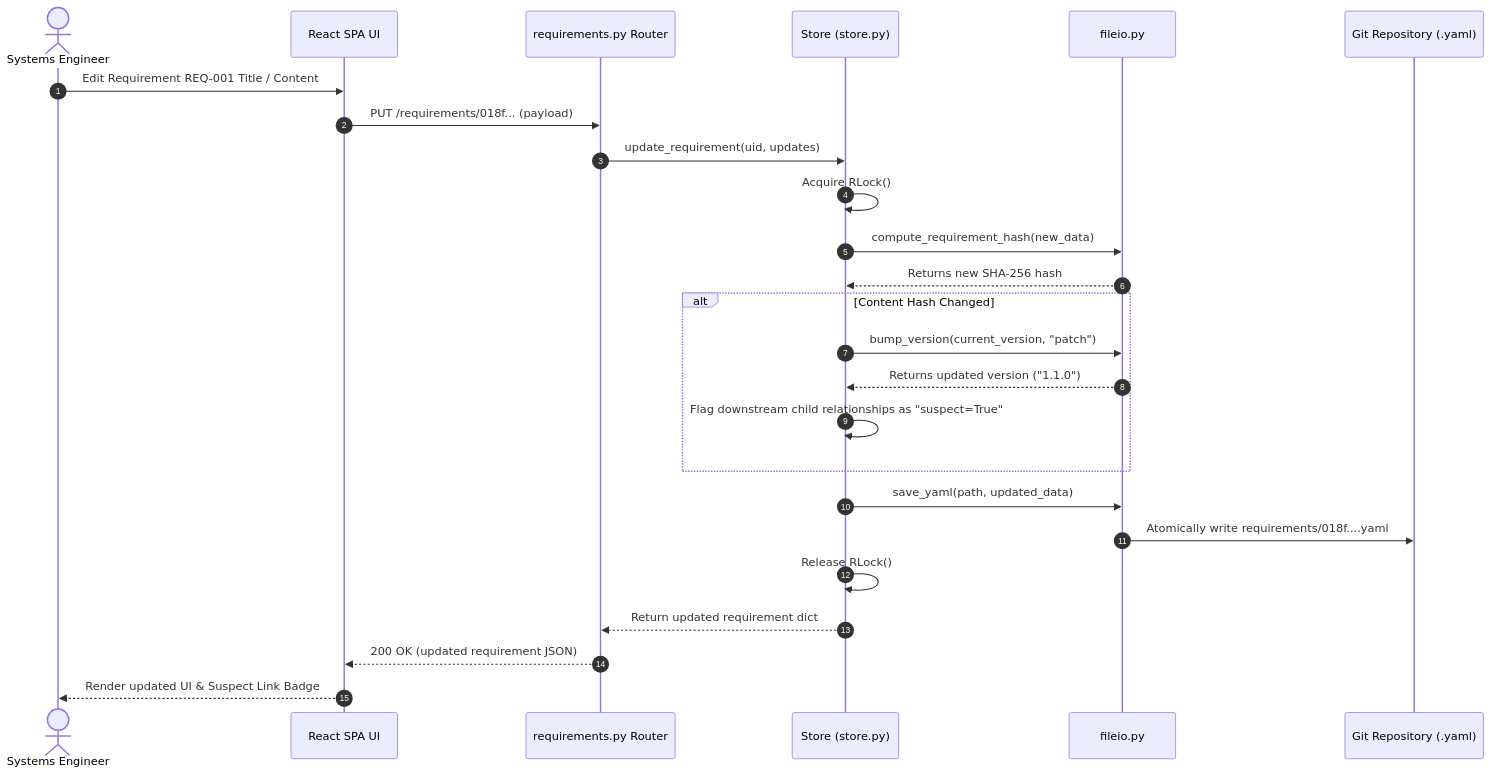
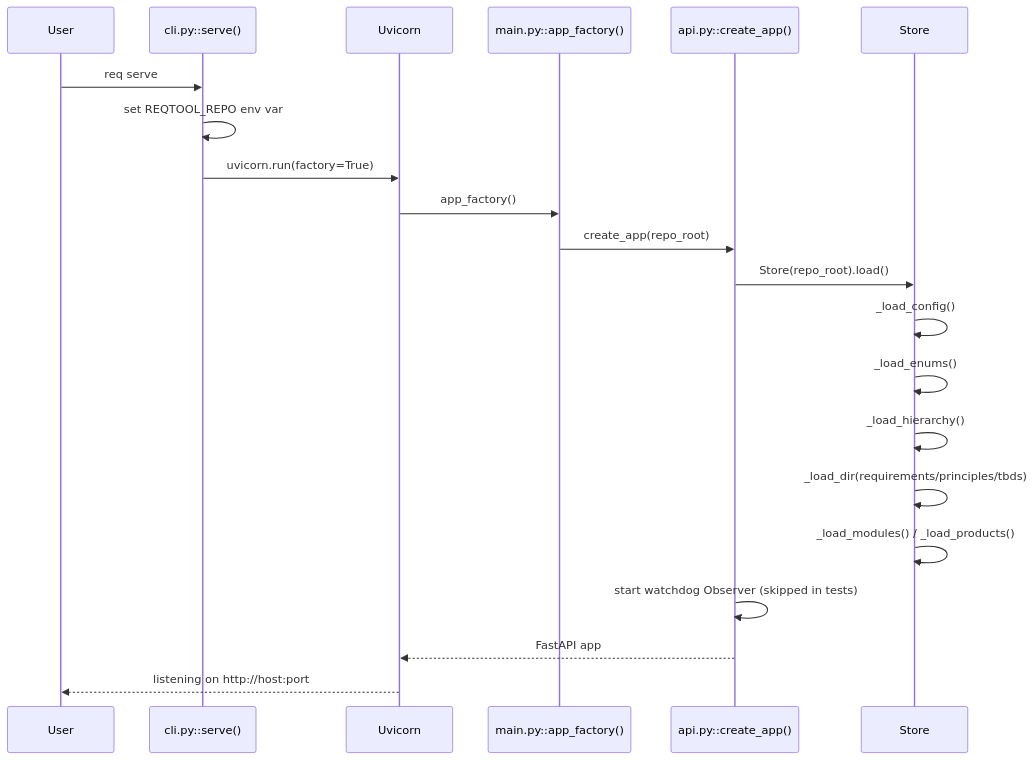
Before and after one commit to markbac/reqtool: the third of 8 diagrams in docs/ARCHITECTURE.md, drawn with Mermaid. The commit also changed other lines of this file and 14 other files, not shown here.

````diff
--- a/docs/ARCHITECTURE.md
+++ b/docs/ARCHITECTURE.md
@@ -149,30 +86,24 @@
 ```mermaid
 sequenceDiagram
-    autonumber
-    actor Engineer as Systems Engineer
-    participant UI as React SPA UI
-    participant API as requirements.py Router
-    participant Store as Store (store.py)
-    participant FileIO as fileio.py
-    participant Disk as Git Repository (.yaml)
+    participant User
+    participant CLI as cli.py::serve()
+    participant Uvicorn
+    participant Main as main.py::app_factory()
+    participant API as api.py::create_app()
+    participant Store
 
-    Engineer->>UI: Edit Requirement REQ-001 Title / Content
-    UI->>API: PUT /requirements/018f... (payload)
-    API->>Store: update_requirement(uid, updates)
-    Store->>Store: Acquire RLock()
-    Store->>FileIO: compute_requirement_hash(new_data)
-    FileIO-->>Store: Returns new SHA-256 hash
-    
-    alt Content Hash Changed
-        Store->>FileIO: bump_version(current_version, "patch")
-        FileIO-->>Store: Returns updated version ("1.1.0")
-        Store->>Store: Flag downstream child relationships as "suspect=True"
-    end
-
-    Store->>FileIO: save_yaml(path, updated_data)
-    FileIO->>Disk: Atomically write requirements/018f....yaml
-    Store->>Store: Release RLock()
-    Store-->>API: Return updated requirement dict
-    API-->>UI: 200 OK (updated requirement JSON)
-    UI-->>Engineer: Render updated UI & Suspect Link Badge
+    User->>CLI: req serve
+    CLI->>CLI: set REQTOOL_REPO env var
+    CLI->>Uvicorn: uvicorn.run(factory=True)
+    Uvicorn->>Main: app_factory()
+    Main->>API: create_app(repo_root)
+    API->>Store: Store(repo_root).load()
+    Store->>Store: _load_config()
+    Store->>Store: _load_enums()
+    Store->>Store: _load_hierarchy()
+    Store->>Store: _load_dir(requirements/principles/tbds)
+    Store->>Store: _load_modules() / _load_products()
+    API->>API: start watchdog Observer (skipped in tests)
+    API-->>Uvicorn: FastAPI app
+    Uvicorn-->>User: listening on http://host:port
 ```
````
